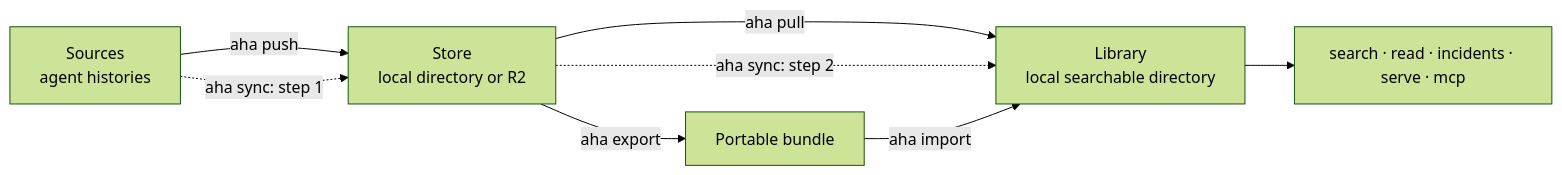
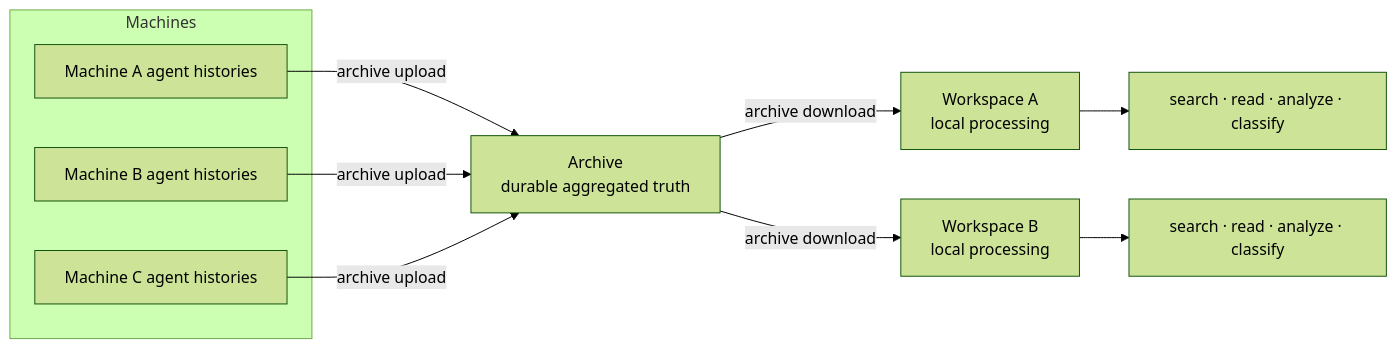
One commit to adewale/aha changed the first of 5 diagrams in docs/command-state-machine-v0.2-plan.md. Above: the diagram before and after it, drawn with Mermaid (forest theme). The commit also changed other lines of this file and 2 other files, not shown here.

Commit message:
docs: refine 0.2 around Archive and Workspace

````diff
--- a/docs/command-state-machine-v0.2-plan.md
+++ b/docs/command-state-machine-v0.2-plan.md
@@ -36,10 +17,22 @@
 ```mermaid
 flowchart LR
-    S[Sources<br/>agent histories] -->|aha push| D[Store<br/>local directory or R2]
-    D -->|aha pull| L[Library<br/>local searchable directory]
-    S -. "aha sync: step 1" .-> D
-    D -. "aha sync: step 2" .-> L
-    B[Portable bundle] -->|aha import| L
-    D -->|aha export| B
-    L --> Q[search · read · incidents · serve · mcp]
+    subgraph Machines
+        H1[Machine A agent histories]
+        H2[Machine B agent histories]
+        H3[Machine C agent histories]
+    end
+
+    H1 -->|archive upload| A
+    H2 -->|archive upload| A
+    H3 -->|archive upload| A
+
+    A[Archive<br/>durable aggregated truth]
+    A -->|archive download| W1
+    A -->|archive download| W2
+
+    W1[Workspace A<br/>local processing]
+    W2[Workspace B<br/>local processing]
+
+    W1 --> P1[search · read · analyze · classify]
+    W2 --> P2[search · read · analyze · classify]
 ```
````
